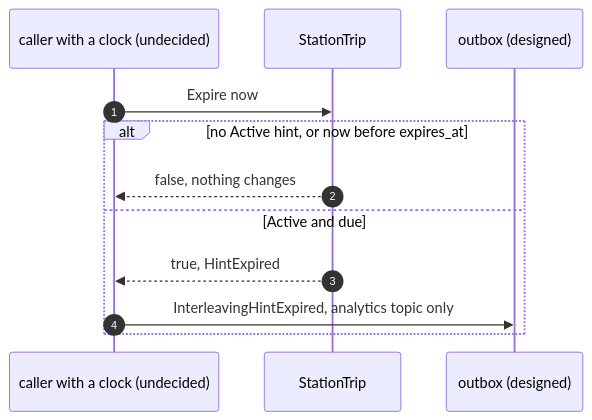
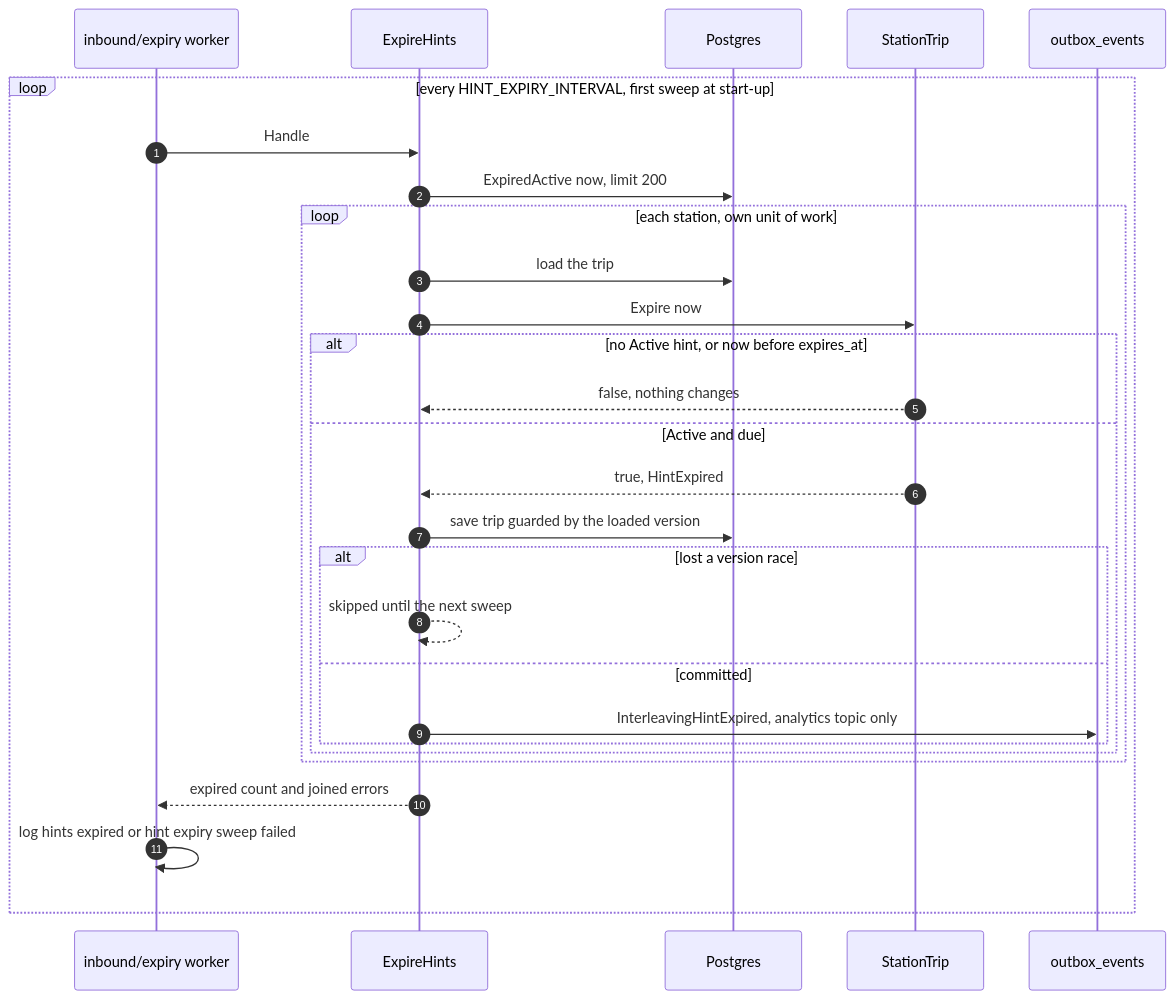
One commit to IQVO/task-interleaving changed the third of 5 diagrams in docs/docs/ddd/sequence-diagrams.md. Above: the diagram before and after it, drawn with Mermaid. The commit also changed other lines of this file and 15 other files, not shown here.

````diff
--- a/docs/docs/ddd/sequence-diagrams.md
+++ b/docs/docs/ddd/sequence-diagrams.md
@@ -95,15 +127,31 @@
 ```mermaid
 sequenceDiagram
     autonumber
-    participant C as caller with a clock (undecided)
+    participant W as inbound/expiry worker
+    participant UC as ExpireHints
+    participant DB as Postgres
     participant T as StationTrip
-    participant OB as outbox (designed)
+    participant OB as outbox_events
 
-    C->>T: Expire now
-    alt no Active hint, or now before expires_at
-        T-->>C: false, nothing changes
-    else Active and due
-        T-->>C: true, HintExpired
-        C->>OB: InterleavingHintExpired, analytics topic only
+    loop every HINT_EXPIRY_INTERVAL, first sweep at start-up
+        W->>UC: Handle
+        UC->>DB: ExpiredActive now, limit 200
+        loop each station, own unit of work
+            UC->>DB: load the trip
+            UC->>T: Expire now
+            alt no Active hint, or now before expires_at
+                T-->>UC: false, nothing changes
+            else Active and due
+                T-->>UC: true, HintExpired
+                UC->>DB: save trip guarded by the loaded version
+                alt lost a version race
+                    UC-->>UC: skipped until the next sweep
+                else committed
+                    UC->>OB: InterleavingHintExpired, analytics topic only
+                end
+            end
+        end
+        UC-->>W: expired count and joined errors
+        W->>W: log hints expired or hint expiry sweep failed
     end
 ```
````
